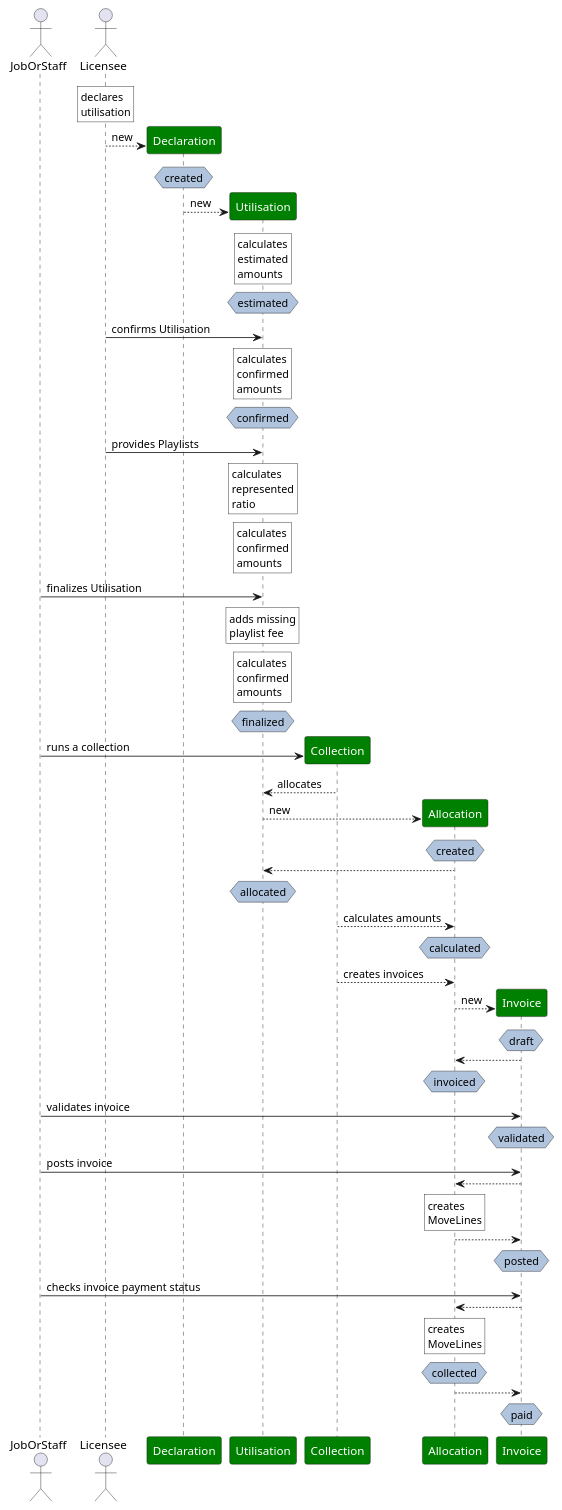
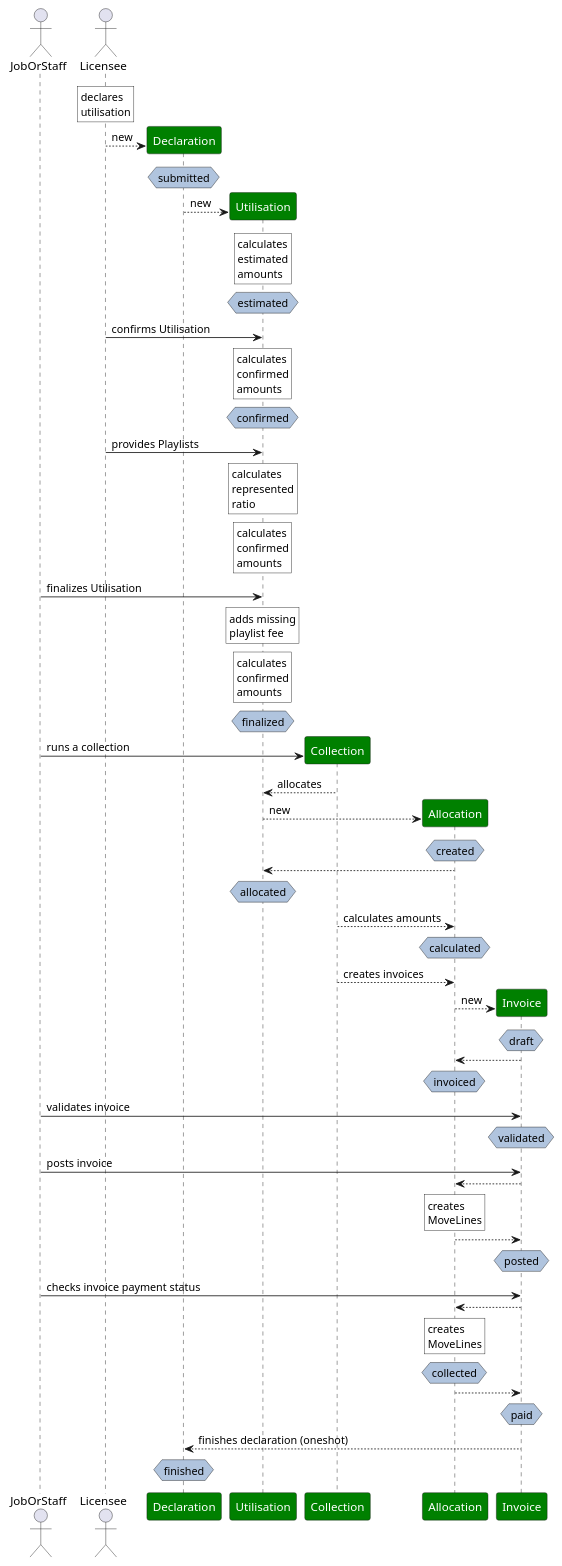
Before and after one commit to C3S/collecting_society: the diagram in doc/collection.rst, drawn with PlantUML. The commit also changed 5 other files, not shown here.

Commit message:
adjusts declaration states, finishes declaration on invoice paid

```diff
--- a/doc/collection.rst
+++ b/doc/collection.rst
@@ -26,7 +26,7 @@
     create participant Declaration as declaration
     licensee --> declaration : new
 
-    hnote over declaration <<State>> : created
+    hnote over declaration <<State>> : submitted
 
     create participant Utilisation as utilisation
     declaration --> utilisation : new
@@ -130,3 +130,7 @@
     hnote over allocation <<State>> : collected
     allocation --> invoice
     hnote over invoice <<State>> : paid
+
+    invoice --> declaration : finishes declaration (oneshot)
+
+    hnote over declaration <<State>> : finished
```
